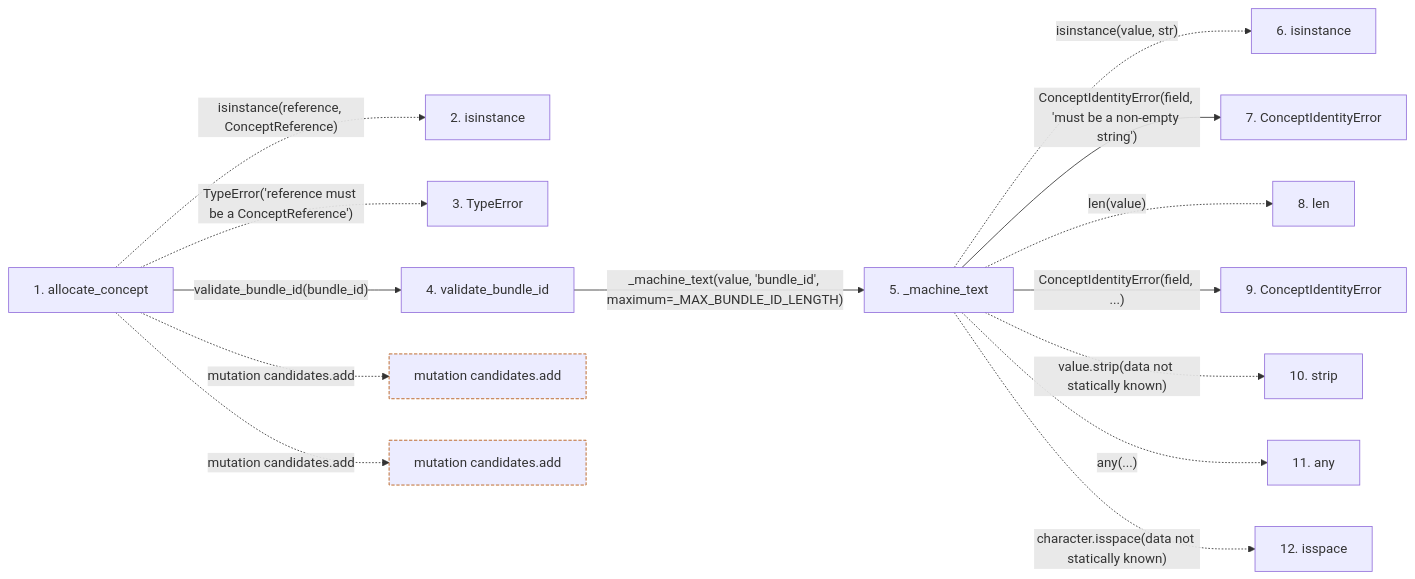
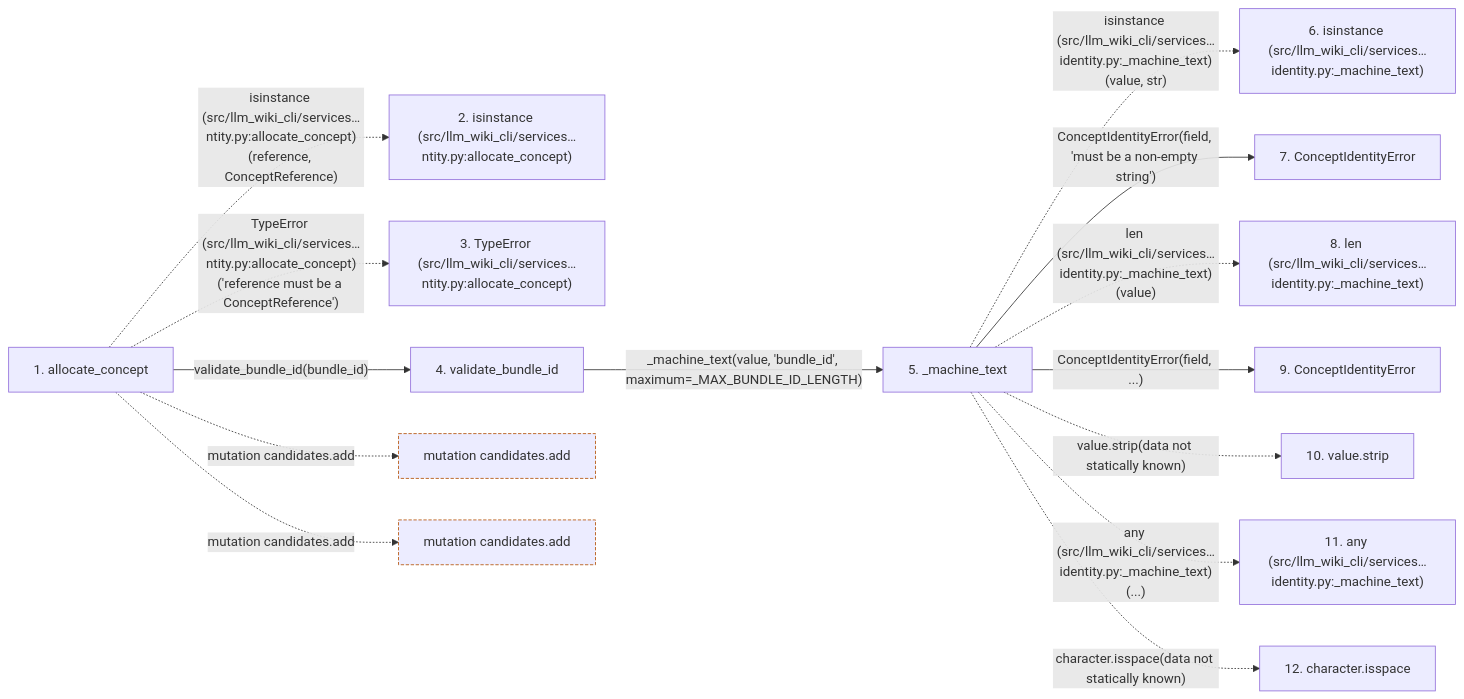
The second of 2 diagrams in docs/llm_wiki/flows/api-allocate_concept.md (Denissvgn/python-wiki-llm), drawn with Mermaid before and after one commit. The commit also changed other lines of this file and 719 other files, not shown here.

````diff
--- a/docs/llm_wiki/flows/api-allocate_concept.md
+++ b/docs/llm_wiki/flows/api-allocate_concept.md
@@ -72,38 +76,38 @@
 ```mermaid
 flowchart LR
     s1["1. allocate_concept"]
-    s2["2. isinstance"]
-    s3["3. TypeError"]
+    s2["2. isinstance (src/llm_wiki_cli/services…ntity.py:allocate_concept)"]
+    s3["3. TypeError (src/llm_wiki_cli/services…ntity.py:allocate_concept)"]
     s4["4. validate_bundle_id"]
     s5["5. _machine_text"]
-    s6["6. isinstance"]
+    s6["6. isinstance (src/llm_wiki_cli/services…identity.py:_machine_text)"]
     s7["7. ConceptIdentityError"]
-    s8["8. len"]
+    s8["8. len (src/llm_wiki_cli/services…identity.py:_machine_text)"]
     s9["9. ConceptIdentityError"]
-    s10["10. strip"]
-    s11["11. any"]
-    s12["12. isspace"]
-    s1 -. "isinstance(reference, ConceptReference)" .-> s2
-    s1 -. "TypeError('reference must be a ConceptReference')" .-> s3
+    s10["10. value.strip"]
+    s11["11. any (src/llm_wiki_cli/services…identity.py:_machine_text)"]
+    s12["12. character.isspace"]
+    s1 -. "isinstance (src/llm_wiki_cli/services…ntity.py:allocate_concept)(reference, ConceptReference)" .-> s2
+    s1 -. "TypeError (src/llm_wiki_cli/services…ntity.py:allocate_concept)('reference must be a ConceptReference')" .-> s3
     s1 -->|"validate_bundle_id(bundle_id)"| s4
     s4 -->|"_machine_text(value, 'bundle_id', maximum=_MAX_BUNDLE_ID_LENGTH)"| s5
-    s5 -. "isinstance(value, str)" .-> s6
+    s5 -. "isinstance (src/llm_wiki_cli/services…identity.py:_machine_text)(value, str)" .-> s6
     s5 -->|"ConceptIdentityError(field, 'must be a non-empty string')"| s7
-    s5 -. "len(value)" .-> s8
+    s5 -. "len (src/llm_wiki_cli/services…identity.py:_machine_text)(value)" .-> s8
     s5 -->|"ConceptIdentityError(field, ...)"| s9
     s5 -. "value.strip(data not statically known)" .-> s10
-    s5 -. "any(...)" .-> s11
+    s5 -. "any (src/llm_wiki_cli/services…identity.py:_machine_text)(...)" .-> s11
     s5 -. "character.isspace(data not statically known)" .-> s12
     b0["mutation candidates.add"]
     s1 -. "mutation candidates.add" .-> b0
     b1["mutation candidates.add"]
     s1 -. "mutation candidates.add" .-> b1
     click s1 "../modules/concept_identity.md"
     click s4 "../modules/concept_identity.md"
     click s5 "../modules/concept_identity.md"
     click s7 "../modules/concept_identity.md"
     click s9 "../modules/concept_identity.md"
     classDef boundary stroke:#b45309,stroke-dasharray: 4 2
     class b0 boundary
     class b1 boundary
 ```
````
